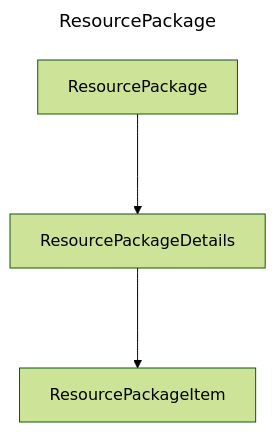
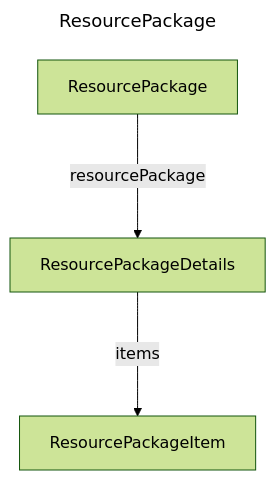
One commit to douglassimonsen/pbi_core changed the diagram in docs/docs/layout/erd/ResourcePackage.md. Above: the diagram before and after it, drawn with Mermaid (forest theme). The commit also changed 77 other files, not shown here.

Commit message:
Updated to color code the layout ERD

````diff
--- a/docs/docs/layout/erd/ResourcePackage.md
+++ b/docs/docs/layout/erd/ResourcePackage.md
@@ -1,11 +1,11 @@
 ```mermaid
 ---
 title: ResourcePackage
 ---
 graph 
-2722113652720["ResourcePackageItem"]
-2722113638080["ResourcePackageDetails"]
-2722113661504["ResourcePackage"]
-2722113638080 ---> 2722113652720
-2722113661504 ---> 2722113638080
+2430514902592["ResourcePackageDetails"]
+2430514892832["ResourcePackage"]
+2430514886000["ResourcePackageItem"]
+2430514892832 --->|resourcePackage| 2430514902592
+2430514902592 --->|items| 2430514886000
 ```
````
